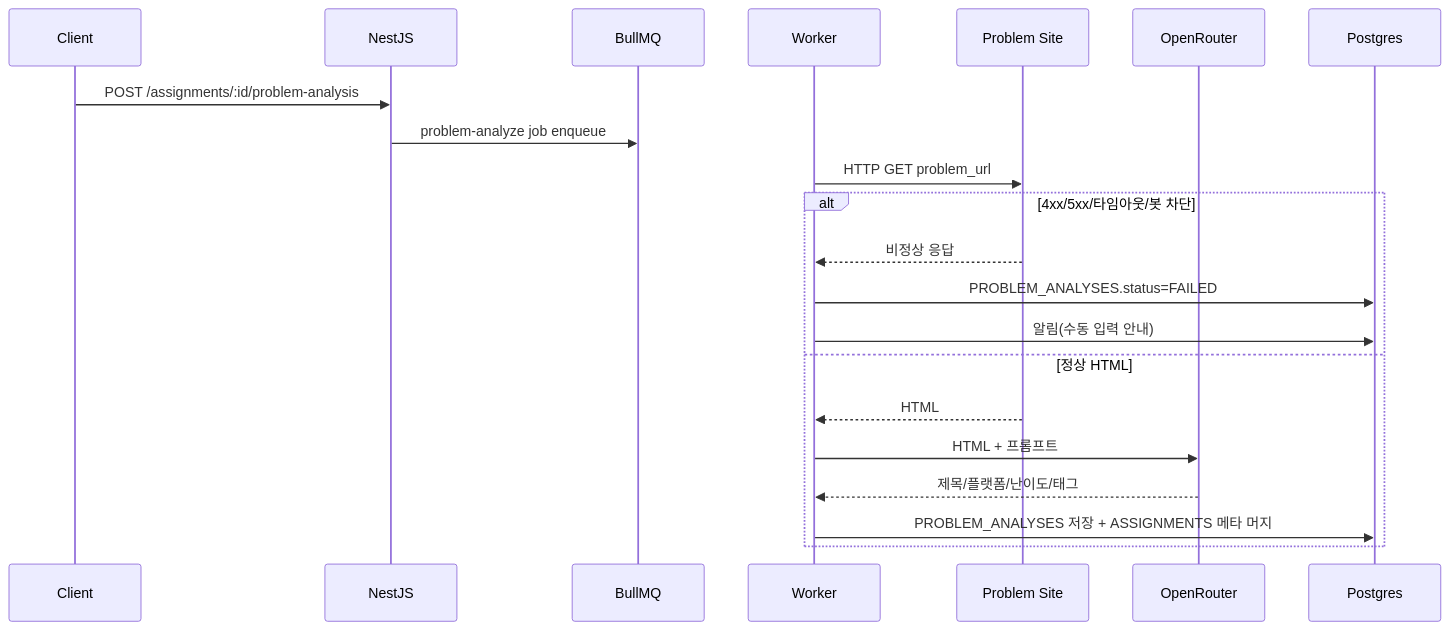
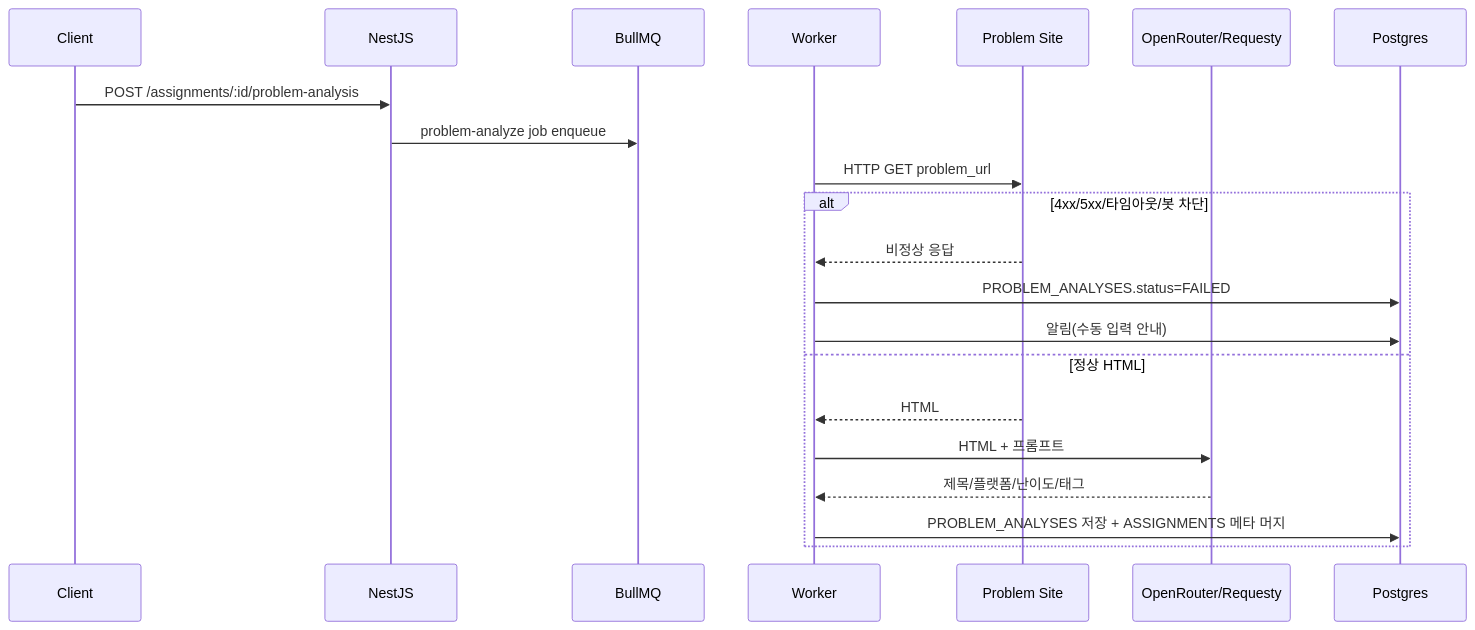
One commit to seungjoonH/psstudio changed the fifth of 8 diagrams in design/architecture.md. Above: the diagram before and after it, drawn with Mermaid. The commit also changed other lines of this file and 15 other files, not shown here.

````diff
--- a/design/architecture.md
+++ b/design/architecture.md
@@ -210,24 +209,24 @@
 ```mermaid
 sequenceDiagram
     participant C as Client
     participant BE as NestJS
     participant Q as BullMQ
     participant WK as Worker
     participant SITE as Problem Site
-    participant LLM as OpenRouter
+    participant LLM as OpenRouter/Requesty
     participant DB as Postgres
 
     C->>BE: POST /assignments/:id/problem-analysis
     BE->>Q: problem-analyze job enqueue
     WK->>SITE: HTTP GET problem_url
     alt 4xx/5xx/타임아웃/봇 차단
         SITE-->>WK: 비정상 응답
         WK->>DB: PROBLEM_ANALYSES.status=FAILED
         WK->>DB: 알림(수동 입력 안내)
     else 정상 HTML
         SITE-->>WK: HTML
         WK->>LLM: HTML + 프롬프트
         LLM-->>WK: 제목/플랫폼/난이도/태그
         WK->>DB: PROBLEM_ANALYSES 저장 + ASSIGNMENTS 메타 머지
     end
 ```
````
